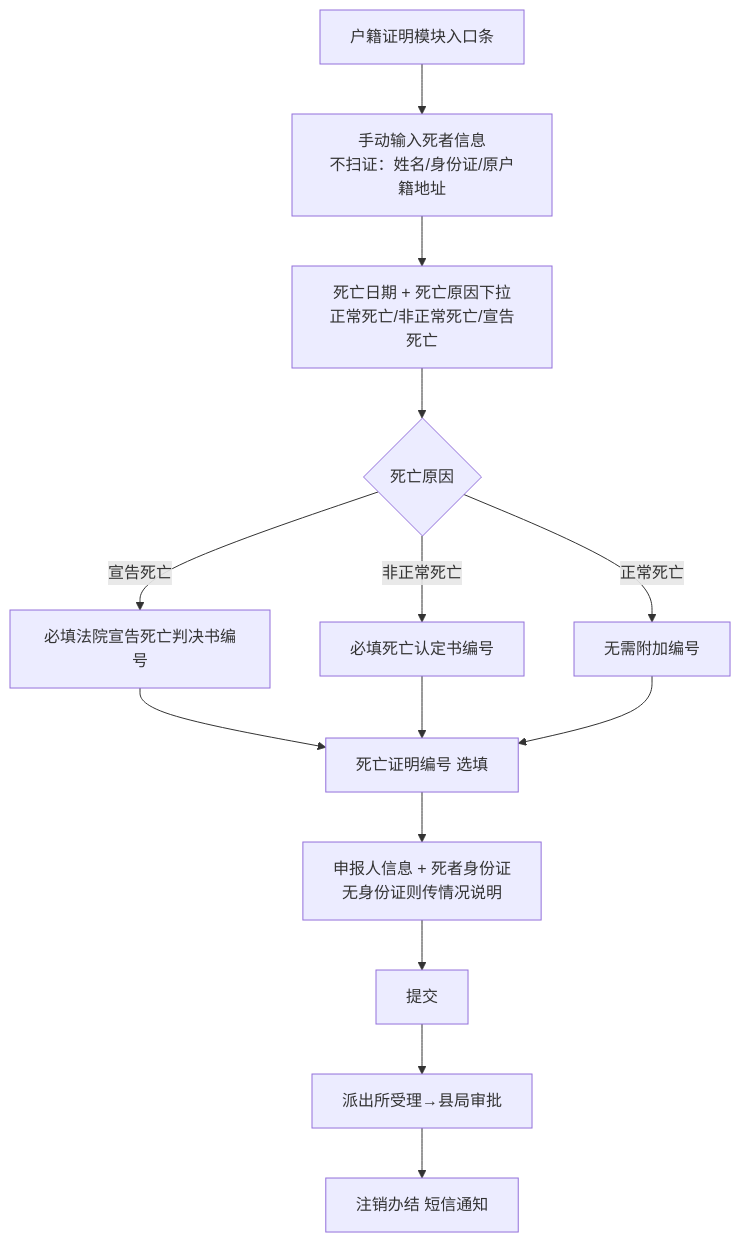
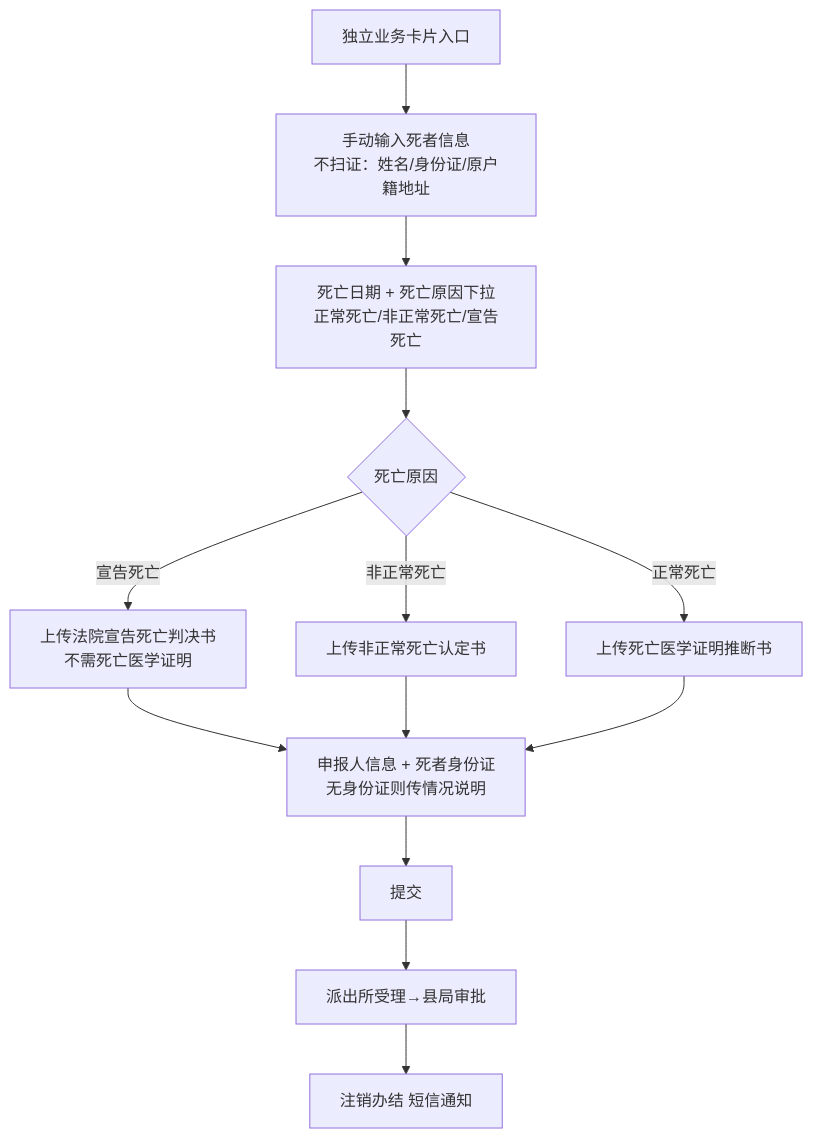
Before and after one commit to ikid-zhang/linzhi-miniprogram-prototype: the fourth of 9 diagrams in 户政业务功能说明.md, drawn with Mermaid. The commit also changed other lines of this file and 3 other files, not shown here.

````diff
--- a/户政业务功能说明.md
+++ b/户政业务功能说明.md
@@ -357,15 +389,14 @@
 ```mermaid
 flowchart TD
-    A[户籍证明模块入口条] --> B[手动输入死者信息<br/>不扫证：姓名/身份证/原户籍地址]
+    A[独立业务卡片入口] --> B[手动输入死者信息<br/>不扫证：姓名/身份证/原户籍地址]
     B --> C[死亡日期 + 死亡原因下拉<br/>正常死亡/非正常死亡/宣告死亡]
     C --> D{死亡原因}
-    D -->|宣告死亡| D1[必填法院宣告死亡判决书编号]
-    D -->|非正常死亡| D2[必填死亡认定书编号]
-    D -->|正常死亡| D3[无需附加编号]
-    D1 --> E[死亡证明编号 选填]
-    D2 --> E
-    D3 --> E
-    E --> F[申报人信息 + 死者身份证<br/>无身份证则传情况说明]
+    D -->|宣告死亡| D1[上传法院宣告死亡判决书<br/>不需死亡医学证明]
+    D -->|非正常死亡| D2[上传非正常死亡认定书]
+    D -->|正常死亡| D3[上传死亡医学证明推断书]
+    D1 --> F[申报人信息 + 死者身份证<br/>无身份证则传情况说明]
+    D2 --> F
+    D3 --> F
     F --> G[提交] --> H[派出所受理→县局审批]
     H --> I[注销办结 短信通知]
 ```
````
